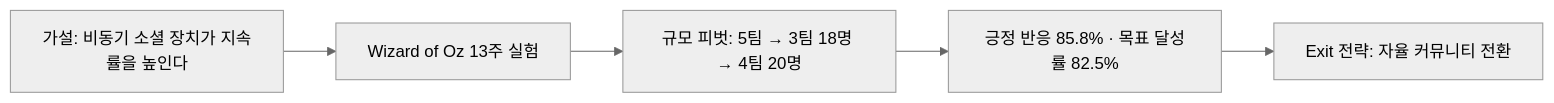
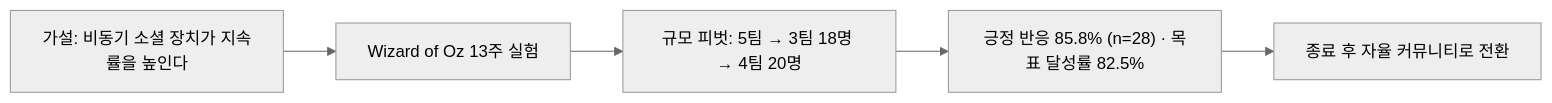
The second of 2 diagrams in README.md (SUNWOOKLEE04/SUNWOOKLEE04), drawn with Mermaid (neutral theme) before and after one commit. The commit also changed other lines of this file, not shown here.

````diff
--- a/README.md
+++ b/README.md
@@ -185,7 +203,7 @@
 ```mermaid
 flowchart LR
   H["가설: 비동기 소셜 장치가 지속률을 높인다"] --> E["Wizard of Oz 13주 실험"]
   E --> P["규모 피벗: 5팀 → 3팀 18명 → 4팀 20명"]
-  P --> R["긍정 반응 85.8% · 목표 달성률 82.5%"]
-  R --> X["Exit 전략: 자율 커뮤니티 전환"]
+  P --> R["긍정 반응 85.8% (n=28) · 목표 달성률 82.5%"]
+  R --> X["종료 후 자율 커뮤니티로 전환"]
 ```
````
